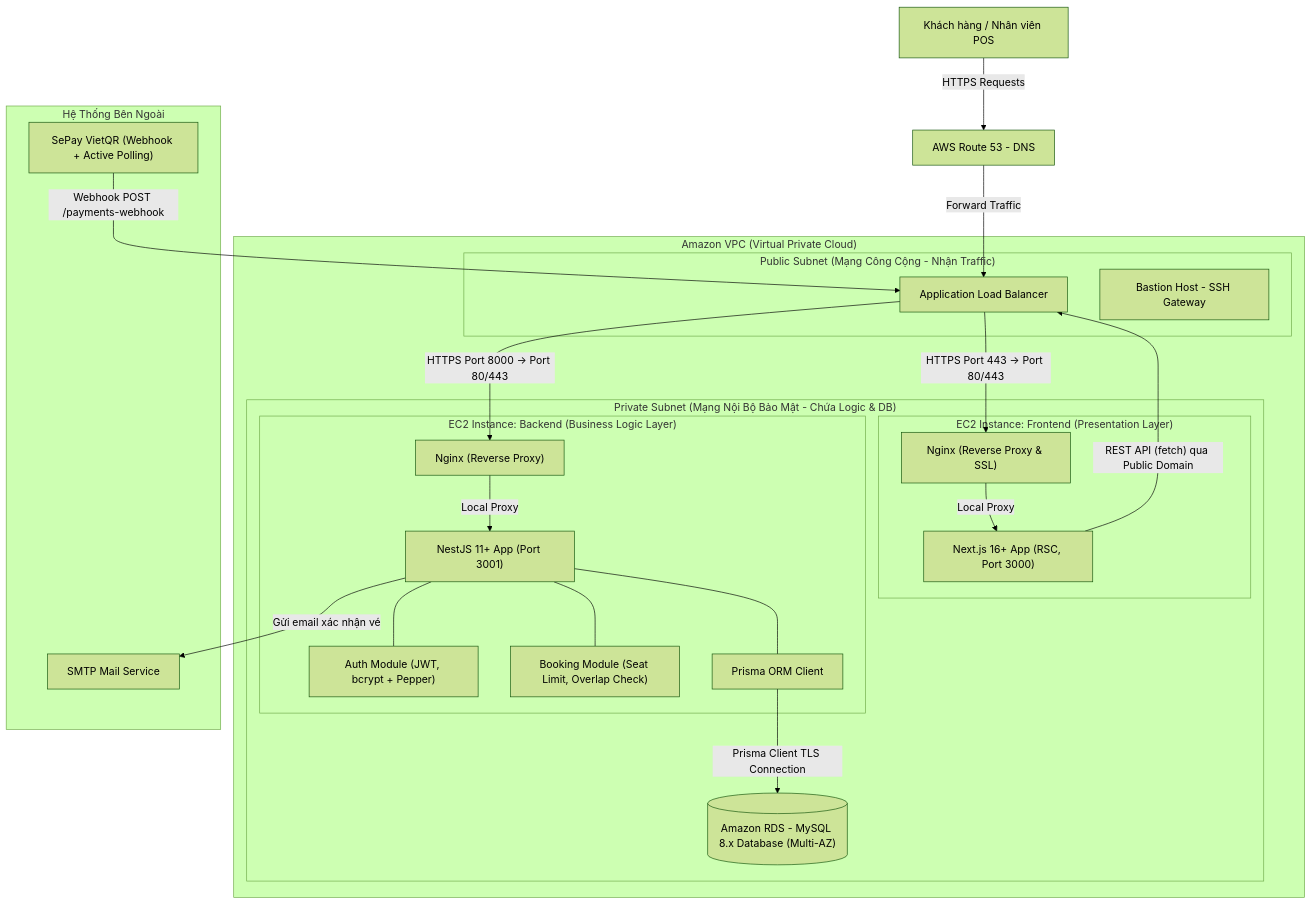
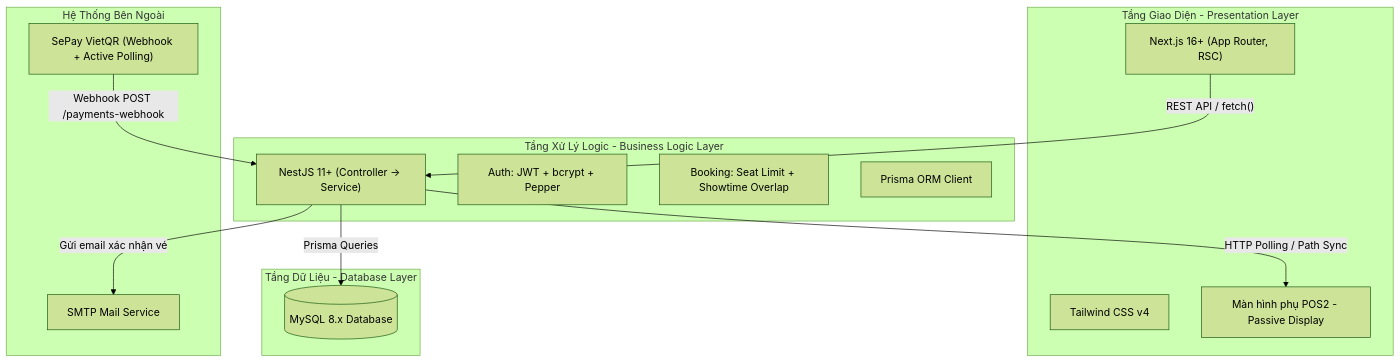
The fourth of 4 diagrams in fwer.md (singuyenvan0206/RPG-bot), drawn with Mermaid (forest theme) before and after one commit. The commit also changed other lines of this file, not shown here.

````diff
--- a/fwer.md
+++ b/fwer.md
@@ -301,54 +341,30 @@
 ```mermaid
 graph TB
-    %% Client & Routing
-    Client[Khách hàng / Nhân viên POS] -->|HTTPS Requests| Route53[AWS Route 53 - DNS]
-    Route53 -->|Forward Traffic| ALB[Application Load Balancer]
+    subgraph Client ["Tầng Giao Diện - Presentation Layer"]
+        NextJS["Next.js 16+ (App Router, RSC)"]
+        Tailwind["Tailwind CSS v4"]
+        POS2["Màn hình phụ POS2 - Passive Display"]
+    end
 
-    subgraph VPC ["Amazon VPC (Virtual Private Cloud)"]
-        subgraph Public_Subnet ["Public Subnet (Mạng Công Cộng - Nhận Traffic)"]
-            ALB
-            Bastion[Bastion Host - SSH Gateway]
-        end
-        
-        subgraph Private_Subnet ["Private Subnet (Mạng Nội Bộ Bảo Mật - Chứa Logic & DB)"]
-            %% EC2 Frontend
-            subgraph EC2_Frontend ["EC2 Instance: Frontend (Presentation Layer)"]
-                NginxFE["Nginx (Reverse Proxy & SSL)"]
-                NextJS["Next.js 16+ App (RSC, Port 3000)"]
-                NginxFE -->|Local Proxy| NextJS
-            end
+    subgraph Server ["Tầng Xử Lý Logic - Business Logic Layer"]
+        NestJS["NestJS 11+ (Controller → Service)"]
+        Auth["Auth: JWT + bcrypt + Pepper"]
+        Booking["Booking: Seat Limit + Showtime Overlap"]
+        Prisma["Prisma ORM Client"]
+    end
 
-            %% EC2 Backend
-            subgraph EC2_Backend ["EC2 Instance: Backend (Business Logic Layer)"]
-                NginxBE["Nginx (Reverse Proxy)"]
-                NestJS["NestJS 11+ App (Port 3001)"]
-                Auth["Auth Module (JWT, bcrypt + Pepper)"]
-                Booking["Booking Module (Seat Limit, Overlap Check)"]
-                Prisma["Prisma ORM Client"]
-                
-                NginxBE -->|Local Proxy| NestJS
-                NestJS --- Auth
-                NestJS --- Booking
-                NestJS --- Prisma
-            end
-
-            %% Database Layer
-            RDS[("Amazon RDS - MySQL 8.x Database (Multi-AZ)")]
-        end
+    subgraph Storage ["Tầng Dữ Liệu - Database Layer"]
+        MySQL[("MySQL 8.x Database")]
     end
 
     subgraph External ["Hệ Thống Bên Ngoài"]
         SePay["SePay VietQR (Webhook + Active Polling)"]
         Mailer["SMTP Mail Service"]
     end
 
-    %% Routing to instances
-    ALB -->|HTTPS Port 443 -> Port 80/443| NginxFE
-    ALB -->|HTTPS Port 8000 -> Port 80/443| NginxBE
-    
-    %% Communication between layers
-    NextJS -->|"REST API (fetch) qua Public Domain"| ALB
-    Prisma -->|Prisma Client TLS Connection| RDS
-    SePay -->|"Webhook POST /payments-webhook"| ALB
+    NextJS -->|"REST API / fetch()"| NestJS
+    NestJS -->|"HTTP Polling / Path Sync"| POS2
+    NestJS -->|"Prisma Queries"| MySQL
+    SePay -->|"Webhook POST /payments-webhook"| NestJS
     NestJS -->|"Gửi email xác nhận vé"| Mailer
 ```
````
